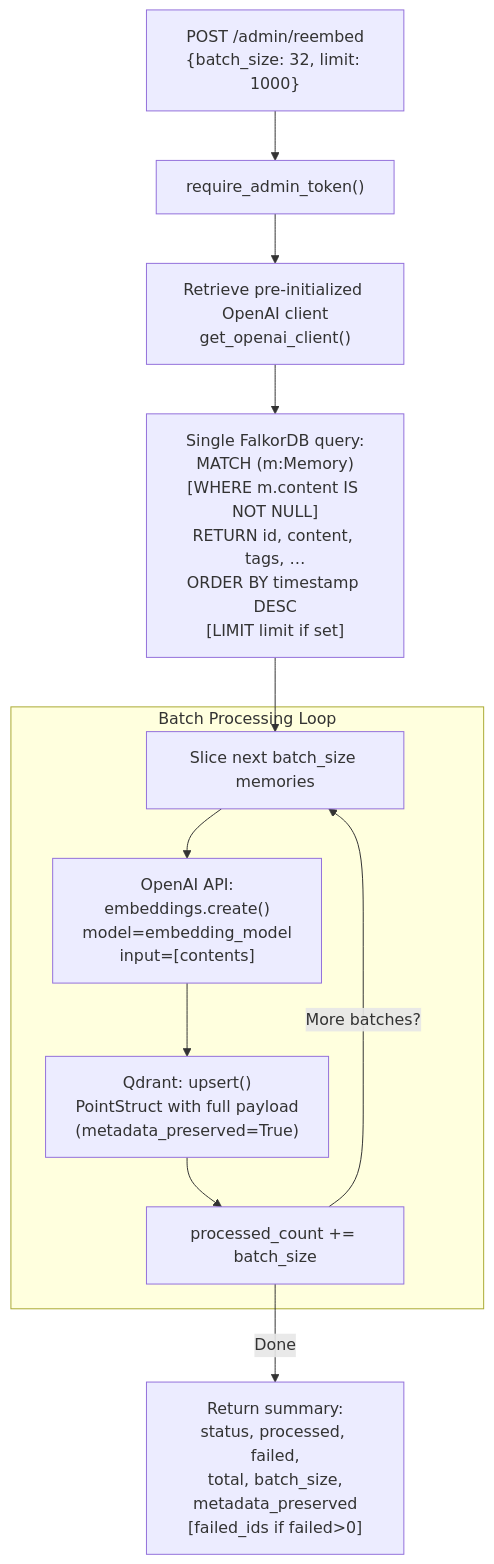
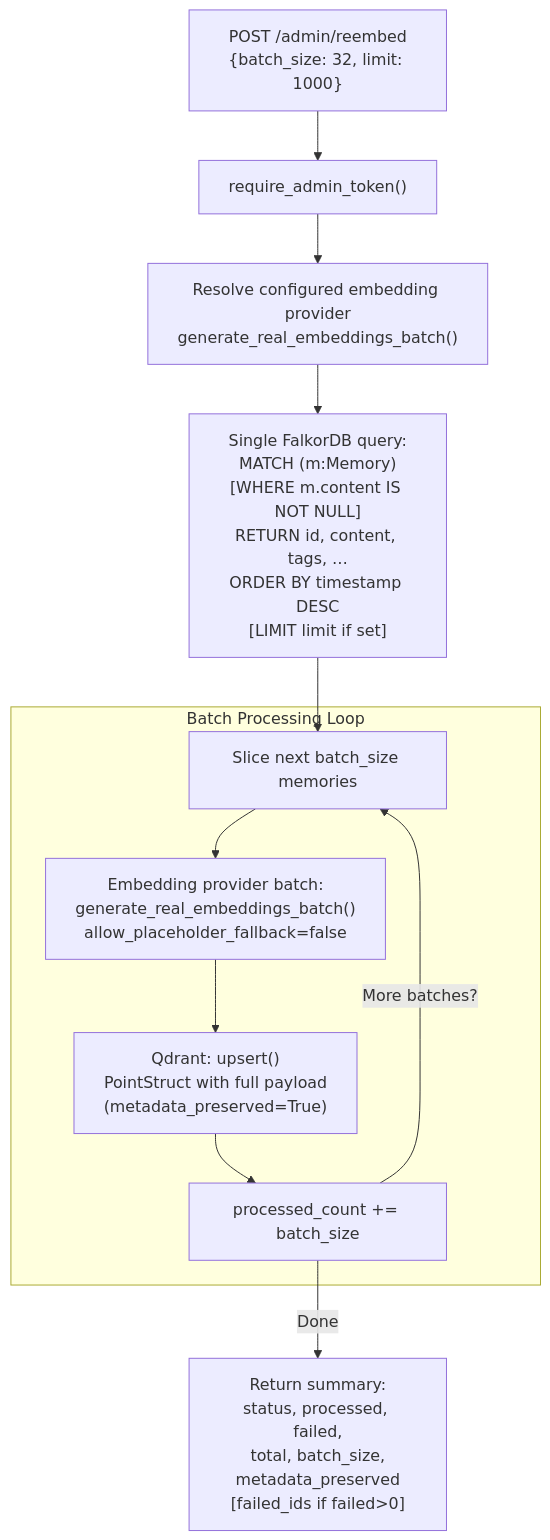
Before and after one commit to verygoodplugins/automem-website: the third of 3 diagrams in src/content/docs/docs/reference/api/admin.md, drawn with Mermaid. The commit also changed other lines of this file and 11 other files, not shown here.

````diff
--- a/src/content/docs/docs/reference/api/admin.md
+++ b/src/content/docs/docs/reference/api/admin.md
@@ -245,30 +245,30 @@
 ```mermaid
 graph TB
     Request["POST /admin/reembed<br/>{batch_size: 32, limit: 1000}"]
     Auth["require_admin_token()"]
-    Init["Retrieve pre-initialized OpenAI client<br/>get_openai_client()"]
+    Init["Resolve configured embedding provider<br/>generate_real_embeddings_batch()"]
 
     FetchAll["Single FalkorDB query:<br/>MATCH (m:Memory)<br/>[WHERE m.content IS NOT NULL]<br/>RETURN id, content, tags, …<br/>ORDER BY timestamp DESC<br/>[LIMIT limit if set]"]
 
     subgraph "Batch Processing Loop"
         Slice["Slice next batch_size memories"]
 
-        CallOpenAI["OpenAI API:<br/>embeddings.create()<br/>model=embedding_model<br/>input=[contents]"]
+        CallProvider["Embedding provider batch:<br/>generate_real_embeddings_batch()<br/>allow_placeholder_fallback=false"]
 
         UpdateQdrant["Qdrant: upsert()<br/>PointStruct with full payload<br/>(metadata_preserved=True)"]
 
         IncrCount["processed_count += batch_size"]
     end
 
     Response["Return summary:<br/>status, processed, failed,<br/>total, batch_size,<br/>metadata_preserved<br/>[failed_ids if failed&gt;0]"]
 
     Request-->Auth
     Auth-->Init
     Init-->FetchAll
     FetchAll-->Slice
-    Slice-->CallOpenAI
-    CallOpenAI-->UpdateQdrant
+    Slice-->CallProvider
+    CallProvider-->UpdateQdrant
     UpdateQdrant-->IncrCount
     IncrCount-->|More batches?|Slice
     IncrCount-->|Done|Response
 ```
````
